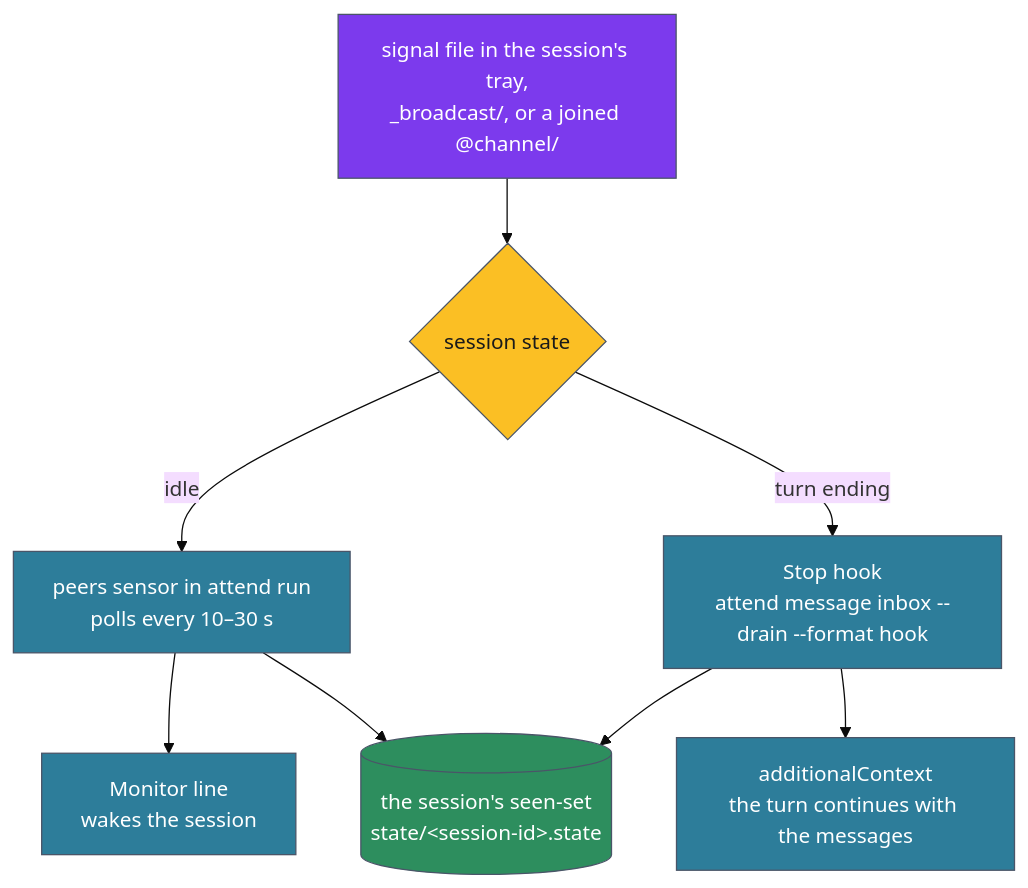
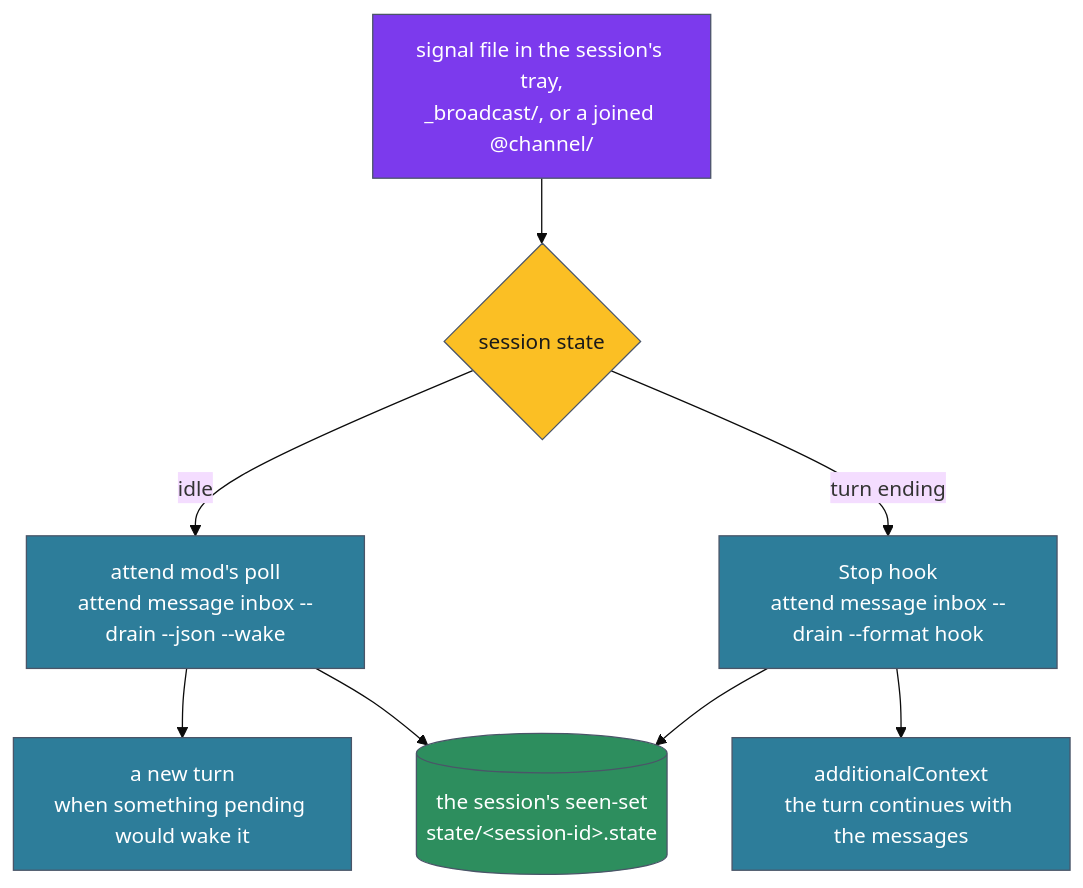
Before and after one commit to aaronsb/agent-ways: the diagram in docs/attend-and-monitor/delivery.md, drawn with Mermaid (base theme). The commit also changed other lines of this file and 22 other files, not shown here.

First line of the commit message:
docs(attend): describe the mod and the sensor host, not attend run

````diff
--- a/docs/attend-and-monitor/delivery.md
+++ b/docs/attend-and-monitor/delivery.md
@@ -5,20 +7,20 @@
 ```mermaid
 flowchart TD
     Msg[signal file in the session's tray,<br/>_broadcast/, or a joined @channel/]
     Msg --> State{session state}
-    State -->|idle| Poll[peers sensor in attend run<br/>polls every 10–30 s]
+    State -->|idle| Poll[attend mod's poll<br/>attend message inbox --drain --json --wake]
     State -->|turn ending| Hook[Stop hook<br/>attend message inbox --drain --format hook]
-    Poll --> Line[Monitor line<br/>wakes the session]
+    Poll --> Turn[a new turn<br/>when something pending would wake it]
     Hook --> Block[additionalContext<br/>the turn continues with the messages]
     Poll --> Seen[(the session's seen-set<br/>state/&lt;session-id&gt;.state)]
     Hook --> Seen
 
     classDef msg fill:#7c3aed,color:#fff,stroke:#4a5568
     classDef decision fill:#fbbf24,color:#1a1a1a,stroke:#4a5568
     classDef proc fill:#2d7d9a,color:#fff,stroke:#4a5568
     classDef store fill:#2d8e5e,color:#fff,stroke:#4a5568
     class Msg msg
     class State decision
-    class Poll,Hook,Line,Block proc
+    class Poll,Hook,Turn,Block proc
     class Seen store
 ```
````
